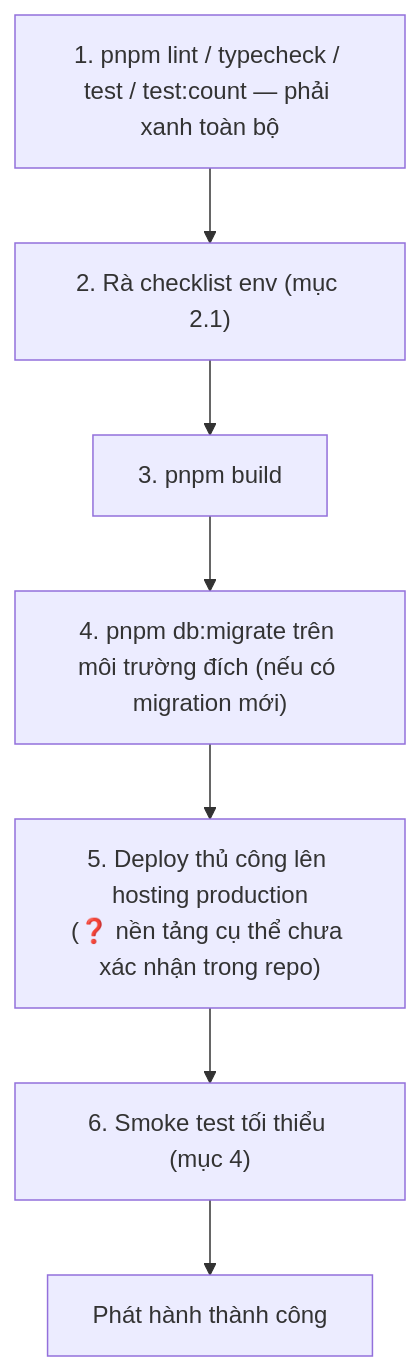
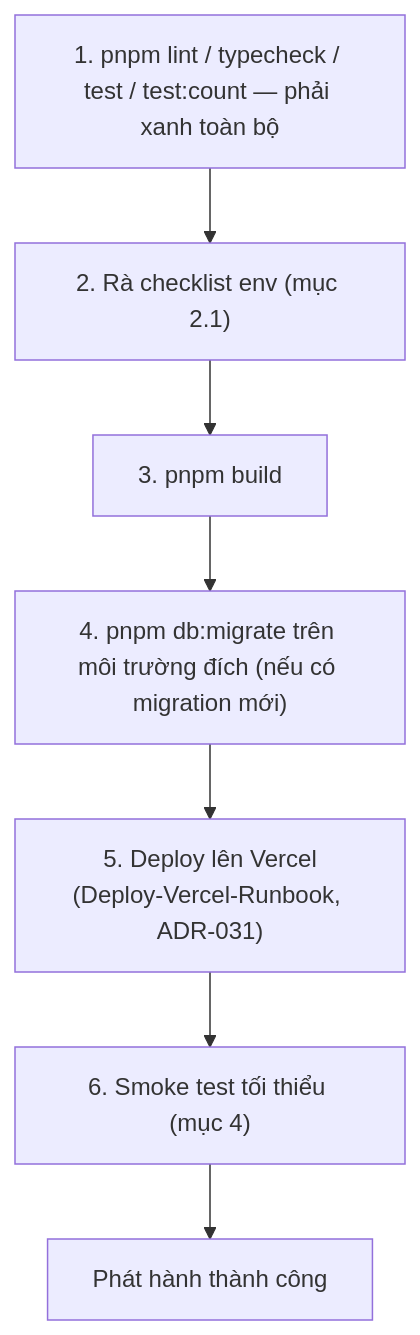
Before and after one commit to vtphong91/gieochu: the second of 2 diagrams in obsidian-knowledge-base/04-Operations-Runbooks/Publish-And-Rollback-Runbook.md, drawn with Mermaid. The commit also changed other lines of this file and 81 other files, not shown here.

````diff
--- a/obsidian-knowledge-base/04-Operations-Runbooks/Publish-And-Rollback-Runbook.md
+++ b/obsidian-knowledge-base/04-Operations-Runbooks/Publish-And-Rollback-Runbook.md
@@ -118,9 +118,9 @@
 ```mermaid
 flowchart TD
     Step1["1. pnpm lint / typecheck / test / test:count — phải xanh toàn bộ"] --> Step2["2. Rà checklist env (mục 2.1)"]
     Step2 --> Step3["3. pnpm build"]
     Step3 --> Step4["4. pnpm db:migrate trên môi trường đích (nếu có migration mới)"]
-    Step4 --> Step5["5. Deploy thủ công lên hosting production\n(❓ nền tảng cụ thể chưa xác nhận trong repo)"]
+    Step4 --> Step5["5. Deploy lên Vercel\n(Deploy-Vercel-Runbook, ADR-031)"]
     Step5 --> Step6["6. Smoke test tối thiểu (mục 4)"]
     Step6 --> Success["Phát hành thành công"]
 ```
````
